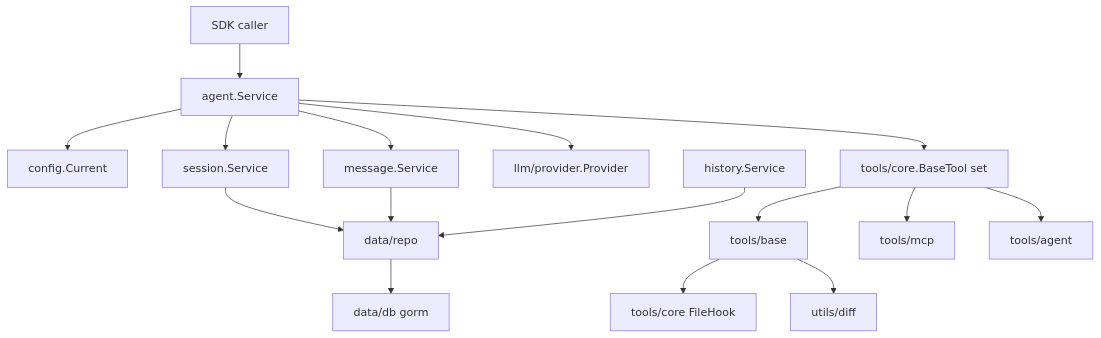
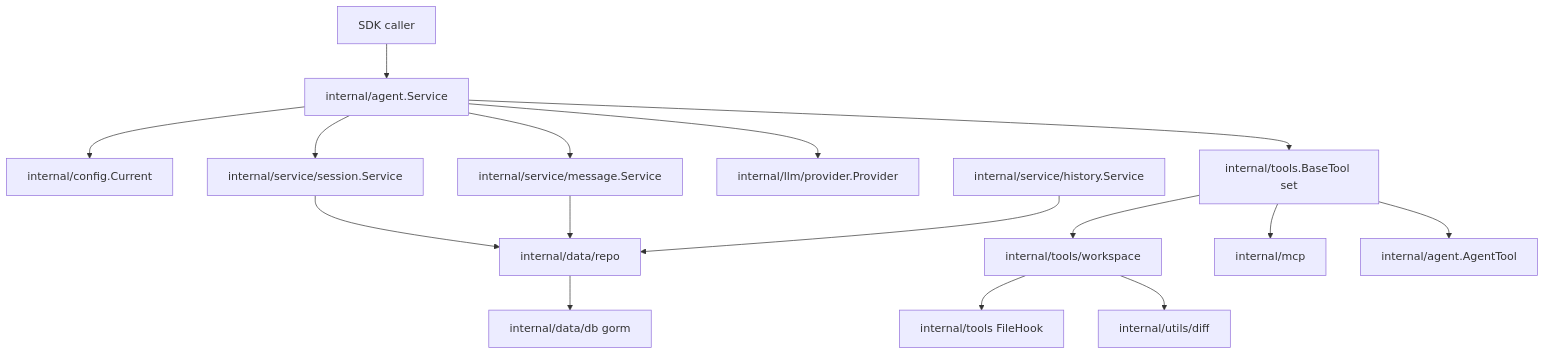
The diagram in docs/architecture.md (fengxiaozi-liu/AgentSdk), drawn with Mermaid before and after one commit. The commit also changed other lines of this file and 107 other files, not shown here.

````diff
--- a/docs/architecture.md
+++ b/docs/architecture.md
@@ -36,18 +36,18 @@
 ```mermaid
 graph TD
-    Caller[SDK caller] --> Agent[agent.Service]
-    Agent --> Config[config.Current]
-    Agent --> Sessions[session.Service]
-    Agent --> Messages[message.Service]
-    Agent --> Provider[llm/provider.Provider]
-    Agent --> Tools[tools/core.BaseTool set]
-    Sessions --> Repos[data/repo]
+    Caller[SDK caller] --> Agent[internal/agent.Service]
+    Agent --> Config[internal/config.Current]
+    Agent --> Sessions[internal/service/session.Service]
+    Agent --> Messages[internal/service/message.Service]
+    Agent --> Provider[internal/llm/provider.Provider]
+    Agent --> Tools[internal/tools.BaseTool set]
+    Sessions --> Repos[internal/data/repo]
     Messages --> Repos
-    History[history.Service] --> Repos
-    Repos --> Data[data/db gorm]
-    Tools --> Base[tools/base]
-    Tools --> MCP[tools/mcp]
-    Tools --> Child[tools/agent]
-    Base --> Hooks[tools/core FileHook]
-    Base --> Diff[utils/diff]
+    History[internal/service/history.Service] --> Repos
+    Repos --> Data[internal/data/db gorm]
+    Tools --> Base[internal/tools/workspace]
+    Tools --> MCP[internal/mcp]
+    Tools --> Child[internal/agent.AgentTool]
+    Base --> Hooks[internal/tools FileHook]
+    Base --> Diff[internal/utils/diff]
 ```
````
